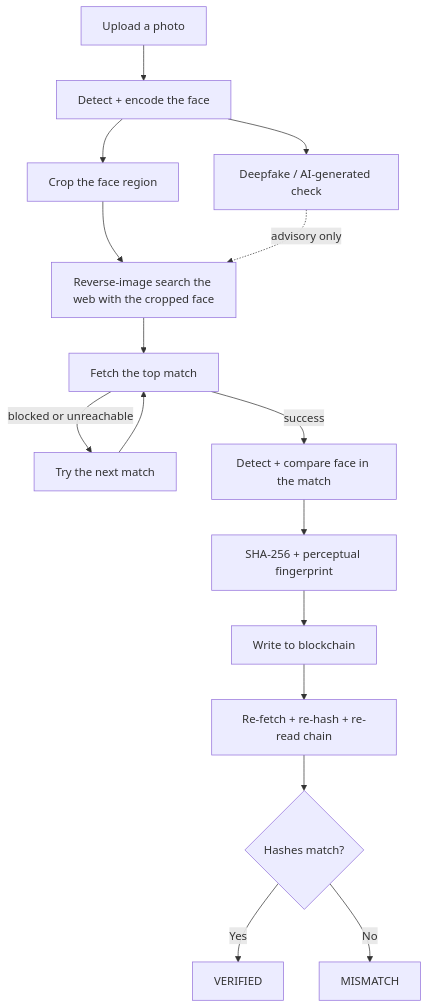
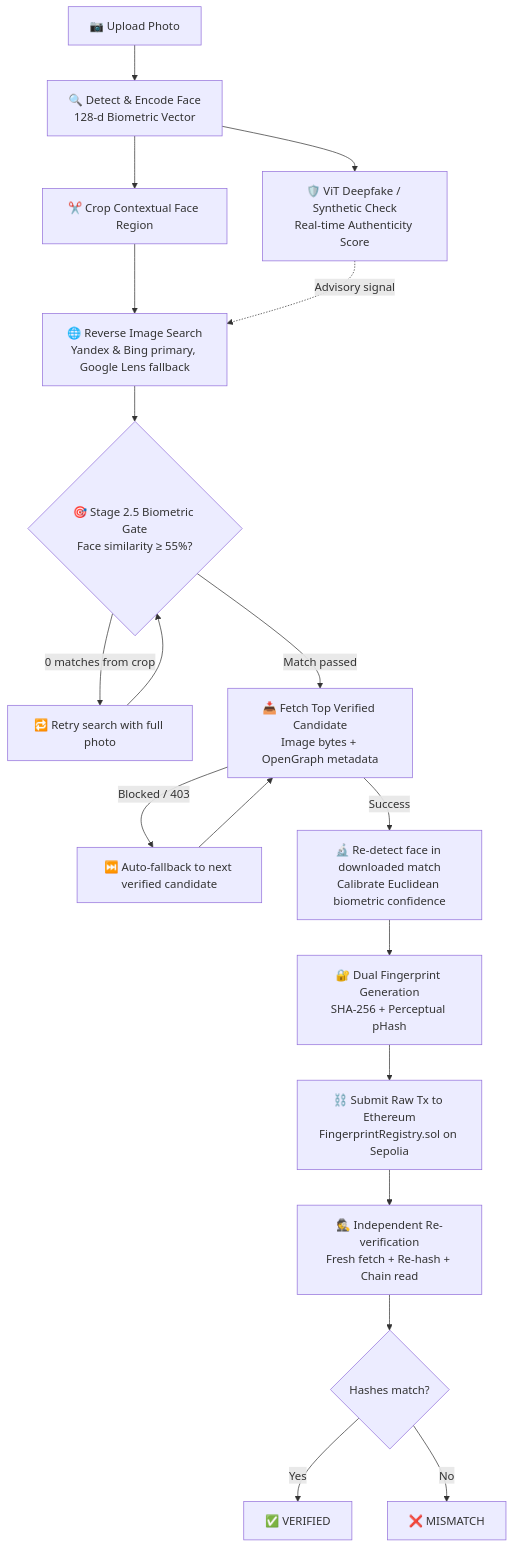
The diagram in README.md (aryanosh/was-this-you), drawn with Mermaid before and after one commit. The commit also changed other lines of this file and 10 other files, not shown here.

Commit message:
feat: biometric verification gate, multi-engine search, Sepolia support, and enhanced forensic UI

````diff
--- a/README.md
+++ b/README.md
@@ -15,18 +46,21 @@
 ```mermaid
 flowchart TD
-    A[Upload a photo] --> B[Detect + encode the face]
-    B --> B2[Crop the face region]
-    B --> C1[Deepfake / AI-generated check]
-    B2 --> C[Reverse-image search the web with the cropped face]
-    C1 -. advisory only .-> C
-    C --> D[Fetch the top match]
-    D -- blocked or unreachable --> D2[Try the next match]
+    A[📷 Upload Photo] --> B[🔍 Detect & Encode Face<br/>128-d Biometric Vector]
+    B --> B2[✂️ Crop Contextual Face Region]
+    B --> C1[🛡️ ViT Deepfake / Synthetic Check<br/>Real-time Authenticity Score]
+    B2 --> C[🌐 Reverse Image Search<br/>Yandex & Bing primary, Google Lens fallback]
+    C1 -. Advisory signal .-> C
+    C --> V{🎯 Stage 2.5 Biometric Gate<br/>Face similarity ≥ 55%?}
+    V -- 0 matches from crop --> C2[🔁 Retry search with full photo]
+    C2 --> V
+    V -- Match passed --> D[📥 Fetch Top Verified Candidate<br/>Image bytes + OpenGraph metadata]
+    D -- Blocked / 403 --> D2[⏭️ Auto-fallback to next verified candidate]
     D2 --> D
-    D -- success --> D3[Detect + compare face in the match]
-    D3 --> E[SHA-256 + perceptual fingerprint]
-    E --> F[Write to blockchain]
-    F --> G[Re-fetch + re-hash + re-read chain]
+    D -- Success --> D3[🔬 Re-detect face in downloaded match<br/>Calibrate Euclidean biometric confidence]
+    D3 --> E[🔐 Dual Fingerprint Generation<br/>SHA-256 + Perceptual pHash]
+    E --> F[⛓️ Submit Raw Tx to Ethereum<br/>FingerprintRegistry.sol on Sepolia]
+    F --> G[🕵️ Independent Re-verification<br/>Fresh fetch + Re-hash + Chain read]
     G --> H{Hashes match?}
-    H -- Yes --> I[VERIFIED]
-    H -- No --> J[MISMATCH]
+    H -- Yes --> I[✅ VERIFIED]
+    H -- No --> J[❌ MISMATCH]
 ```
````
